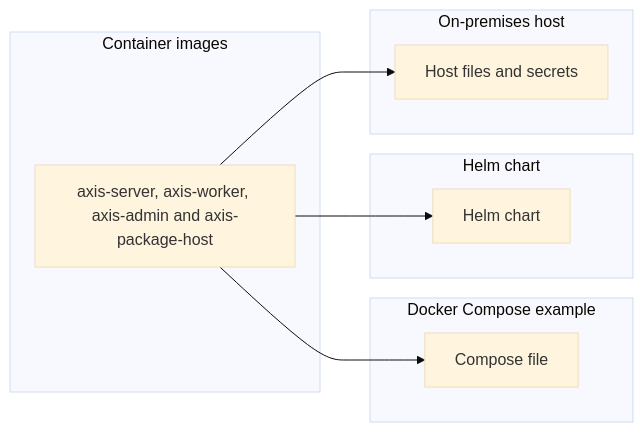
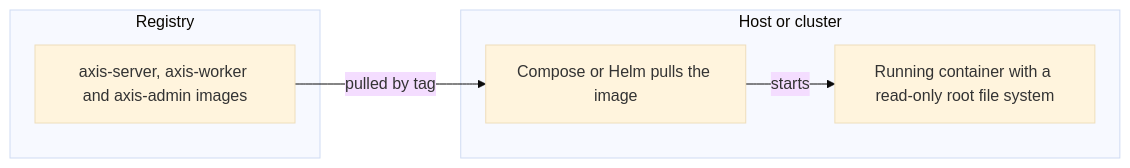
Before and after one commit to phuongnse/axis: the ninth of 13 diagrams in docs/reference/threat-model.md, drawn with Mermaid (base theme). The commit also changed other lines of this file, not shown here.

First line of the commit message:
The threat model covers the installation: images, Docker Compose, the Helm chart and on-premises installs (#2020)

````diff
--- a/docs/reference/threat-model.md
+++ b/docs/reference/threat-model.md
@@ -236,18 +301,12 @@
 ```mermaid
 flowchart LR
-    subgraph images [Container images]
-        Images[axis-server, axis-worker, axis-admin and axis-package-host]
+    subgraph registry [Registry]
+        Images[axis-server, axis-worker and axis-admin images]
     end
-    subgraph compose [Docker Compose example]
-        ComposeFile[Compose file]
+    subgraph host [Host or cluster]
+        Pull[Compose or Helm pulls the image]
+        Running[Running container with a read-only root file system]
     end
-    subgraph helm [Helm chart]
-        Chart[Helm chart]
-    end
-    subgraph host [On-premises host]
-        Host[Host files and secrets]
-    end
-    Images --> ComposeFile
-    Images --> Chart
-    Images --> Host
+    Images -->|pulled by tag| Pull
+    Pull -->|starts| Running
 ```
````
